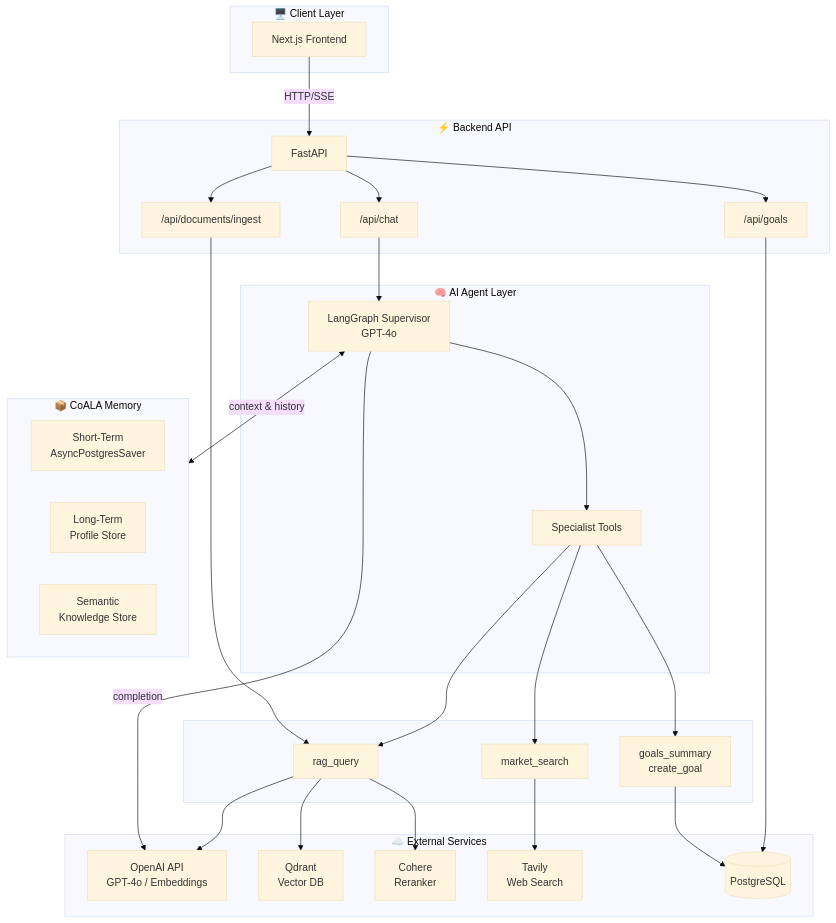
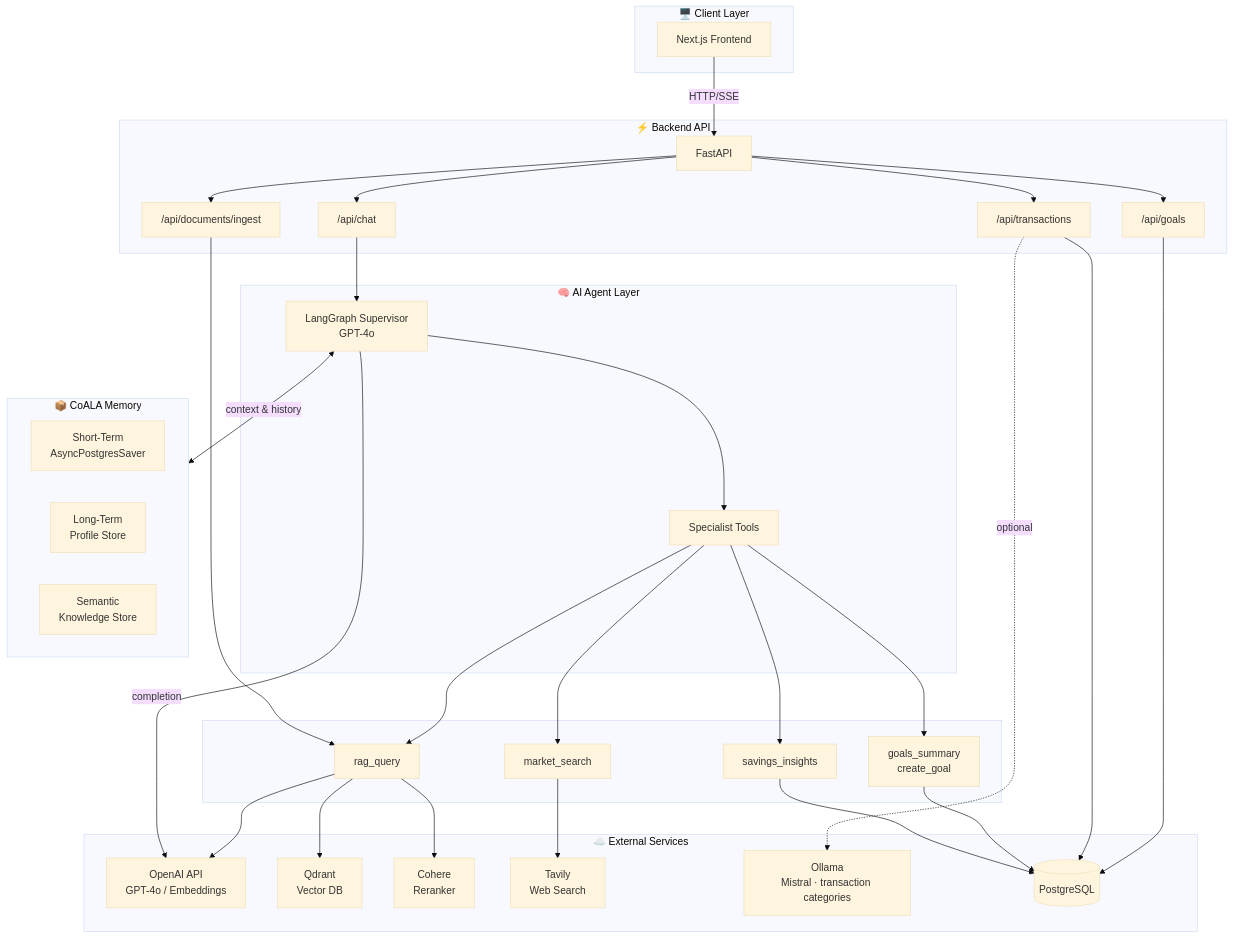
Before and after one commit to adrian-barcan/AIE9-Certification-Challenge: the first of 6 diagrams in README.md, drawn with Mermaid (base theme). The commit also changed other lines of this file and 3 other files, not shown here.

Commit message:
feat: Update transaction management feature with detailed categorization, enhance documentation, and add new icon for transactions in the sidebar.

````diff
--- a/README.md
+++ b/README.md
@@ -41,58 +42,66 @@
 ```mermaid
 flowchart TB
     subgraph Client["🖥️ Client Layer"]
         FE[Next.js Frontend]
     end
 
     subgraph API["⚡ Backend API"]
         FastAPI[FastAPI]
         ChatAPI["/api/chat"]
         DocsAPI["/api/documents/ingest"]
         GoalsAPI["/api/goals"]
+        TransactionsAPI["/api/transactions"]
         FastAPI --> ChatAPI
         FastAPI --> DocsAPI
         FastAPI --> GoalsAPI
+        FastAPI --> TransactionsAPI
     end
 
     subgraph Agent["🧠 AI Agent Layer"]
         Supervisor[LangGraph Supervisor<br/>GPT-4o]
         Tools[Specialist Tools]
         Supervisor --> Tools
     end
 
     subgraph ToolsDetail[" "]
         RAG[rag_query]
         Market[market_search]
         GoalsTool[goals_summary<br/>create_goal]
+        SavingsTool[savings_insights]
         Tools --> RAG
         Tools --> Market
         Tools --> GoalsTool
+        Tools --> SavingsTool
     end
 
     subgraph Memory["📦 CoALA Memory"]
         STM[Short-Term<br/>AsyncPostgresSaver]
         LTM[Long-Term<br/>Profile Store]
         SEM[Semantic<br/>Knowledge Store]
     end
 
     subgraph External["☁️ External Services"]
         OpenAI[OpenAI API<br/>GPT-4o / Embeddings]
         Qdrant[Qdrant<br/>Vector DB]
         Cohere[Cohere<br/>Reranker]
         Tavily[Tavily<br/>Web Search]
+        Ollama[Ollama<br/>Mistral · transaction categories]
         PG[(PostgreSQL)]
     end
 
     FE -->|HTTP/SSE| FastAPI
     ChatAPI --> Supervisor
     DocsAPI --> RAG
     GoalsAPI --> PG
+    TransactionsAPI --> PG
+    TransactionsAPI -.->|optional| Ollama
 
     Supervisor <-->|context & history| Memory
     RAG --> Qdrant
     RAG --> Cohere
     RAG --> OpenAI
     Market --> Tavily
     GoalsTool --> PG
+    SavingsTool --> PG
     Supervisor -->|completion| OpenAI
 ```
````
